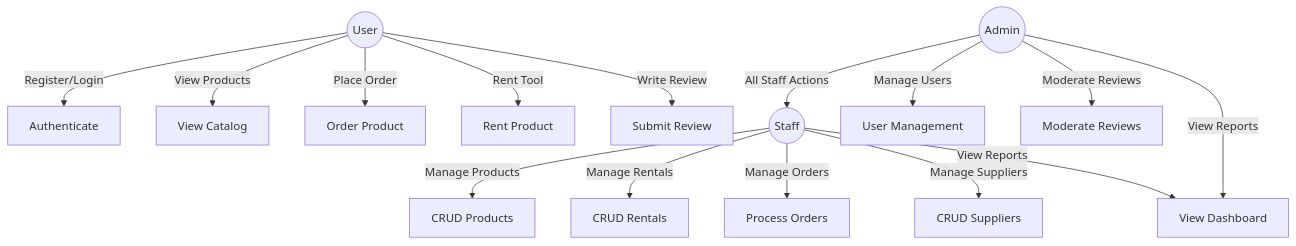
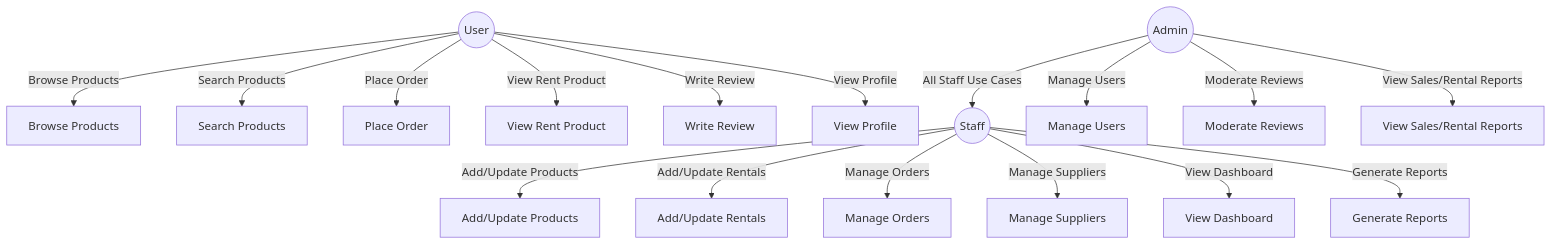
The first of 3 diagrams in README.md (Mathura-skr/Thangam-Server), drawn with Mermaid before and after one commit. The commit also changed other lines of this file, not shown here.

````diff
--- a/README.md
+++ b/README.md
@@ -24,23 +24,28 @@
 ```mermaid
 graph TD
   User((User))
   Staff((Staff))
   Admin((Admin))
 
-  User -- Register/Login --> A[Authenticate]
-  User -- View Products --> B[View Catalog]
-  User -- Place Order --> C[Order Product]
-  User -- Rent Tool --> D[Rent Product]
-  User -- Write Review --> E[Submit Review]
+  %% User Actions
+  User -- Browse Products --> BP[Browse Products]
+  User -- Search Products --> SP[Search Products]
+  User -- Place Order --> PO[Place Order]
+  User -- View Rent Product --> RP[View Rent Product]
+  User -- Write Review --> WR[Write Review]
+  User -- View Profile --> VP[View Profile]
 
-  Staff -- Manage Products --> F[CRUD Products]
-  Staff -- Manage Rentals --> G[CRUD Rentals]
-  Staff -- Manage Orders --> H[Process Orders]
-  Staff -- Manage Suppliers --> I[CRUD Suppliers]
-  Staff -- View Reports --> J[View Dashboard]
+  %% Staff Actions
+  Staff -- Add/Update Products --> AUP[Add/Update Products]
+  Staff -- Add/Update Rentals --> AUR[Add/Update Rentals]
+  Staff -- Manage Orders --> MO[Manage Orders]
+  Staff -- Manage Suppliers --> MS[Manage Suppliers]
+  Staff -- View Dashboard --> VD[View Dashboard]
+  Staff -- Generate Reports --> GR[Generate Reports]
 
-  Admin -- All Staff Actions --> Staff
-  Admin -- Manage Users --> K[User Management]
-  Admin -- Moderate Reviews --> L[Moderate Reviews]
-  Admin -- View Reports --> J
+  %% Admin Actions
+  Admin -- All Staff Use Cases --> Staff
+  Admin -- Manage Users --> MU[Manage Users]
+  Admin -- Moderate Reviews --> MR[Moderate Reviews]
+  Admin -- View Sales/Rental Reports --> SRR[View Sales/Rental Reports]
 ```
````
